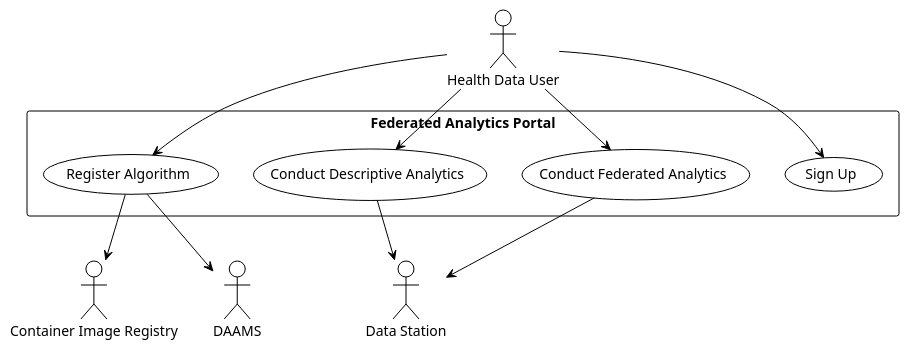
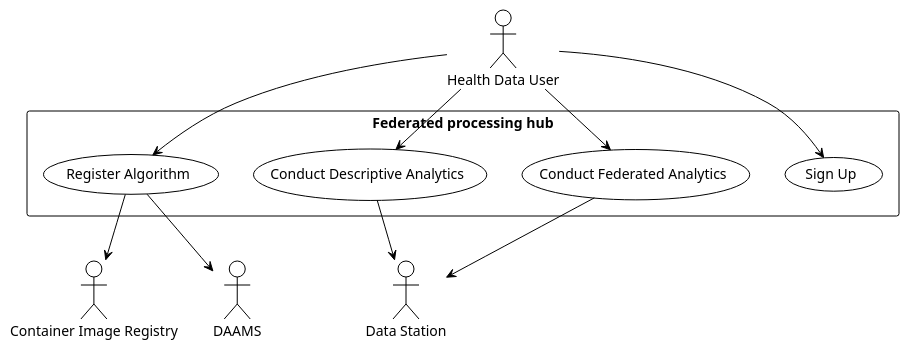
Before and after one commit to Health-RI/data-station-specification: the diagram in docs/proces/analyseren.md, drawn with PlantUML. The commit also changed other lines of this file and 5 other files, not shown here.

````diff
--- a/docs/proces/analyseren.md
+++ b/docs/proces/analyseren.md
@@ -7,26 +7,26 @@
 ```puml
 @startuml
 !theme plain
 
 actor "Health Data User" as HDU
 actor "Data Station" as DS
 actor "Container Image Registry" as CIR
 actor "DAAMS" as DAAMS
-rectangle "Federated Analytics Portal" {
+rectangle "Federated processing hub" {
   usecase "Sign Up" as UC1
   usecase “Register Algorithm” as UC2
   usecase "Conduct Federated Analytics" as UC3
   usecase "Conduct Descriptive Analytics" as UC4
 }
 HDU --> UC1
 HDU --> UC2
 HDU --> UC3
 HDU --> UC4
 
 UC2 --> DAAMS
 UC2 --> CIR
 UC3 --> DS
 UC4 --> DS
 
 @enduml
 ```
````
